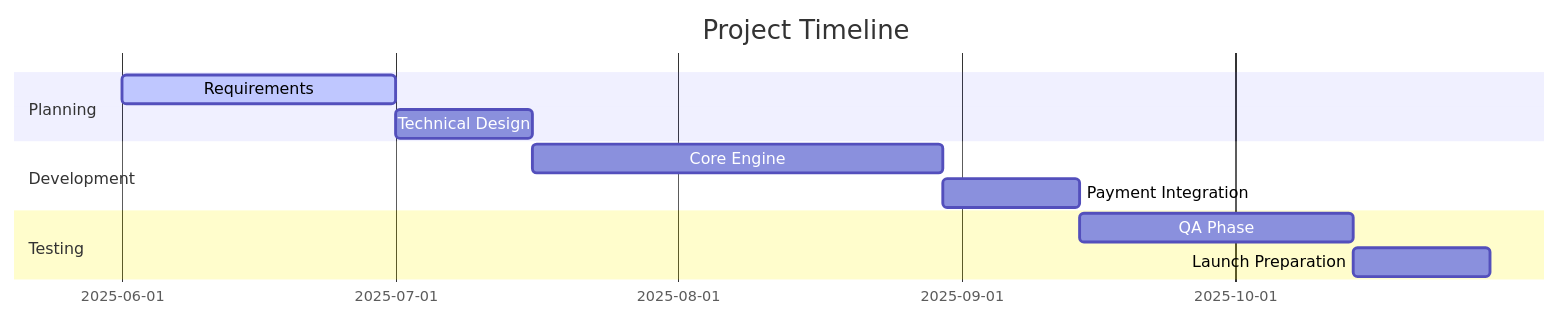
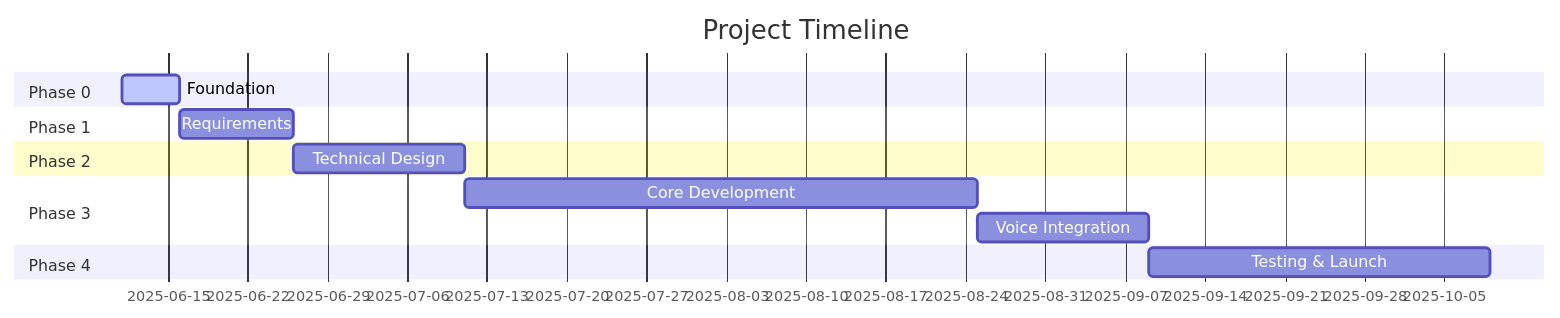
One commit to NikKowPHP/lessay-cline changed the diagram in documentation/templates/project_charter_template.md. Above: the diagram before and after it, drawn with Mermaid. The commit also changed other lines of this file and 18 other files, not shown here.

````diff
--- a/documentation/templates/project_charter_template.md
+++ b/documentation/templates/project_charter_template.md
@@ -62,14 +63,16 @@
 ```mermaid
 gantt
     title Project Timeline
     dateFormat  YYYY-MM-DD
-    section Planning
-    Requirements      :active,  req, 2025-06-01, 30d
-    Technical Design  :         tech, after req, 15d
-    section Development
-    Core Engine       :         engine, after tech, 45d
-    Payment Integration :      payment, after engine, 15d
-    section Testing
-    QA Phase          :         qa, after payment, 30d
-    Launch Preparation:         launch, after qa, 15d
+    section Phase 0
+    Foundation       :active,  phase0, 2025-06-11, 5d
+    section Phase 1
+    Requirements     :         phase1, after phase0, 10d
+    section Phase 2
+    Technical Design :         phase2, after phase1, 15d
+    section Phase 3
+    Core Development :         phase3, after phase2, 45d
+    Voice Integration:         voice, after phase3, 15d
+    section Phase 4
+    Testing & Launch :         phase4, after voice, 30d
 ```
````
